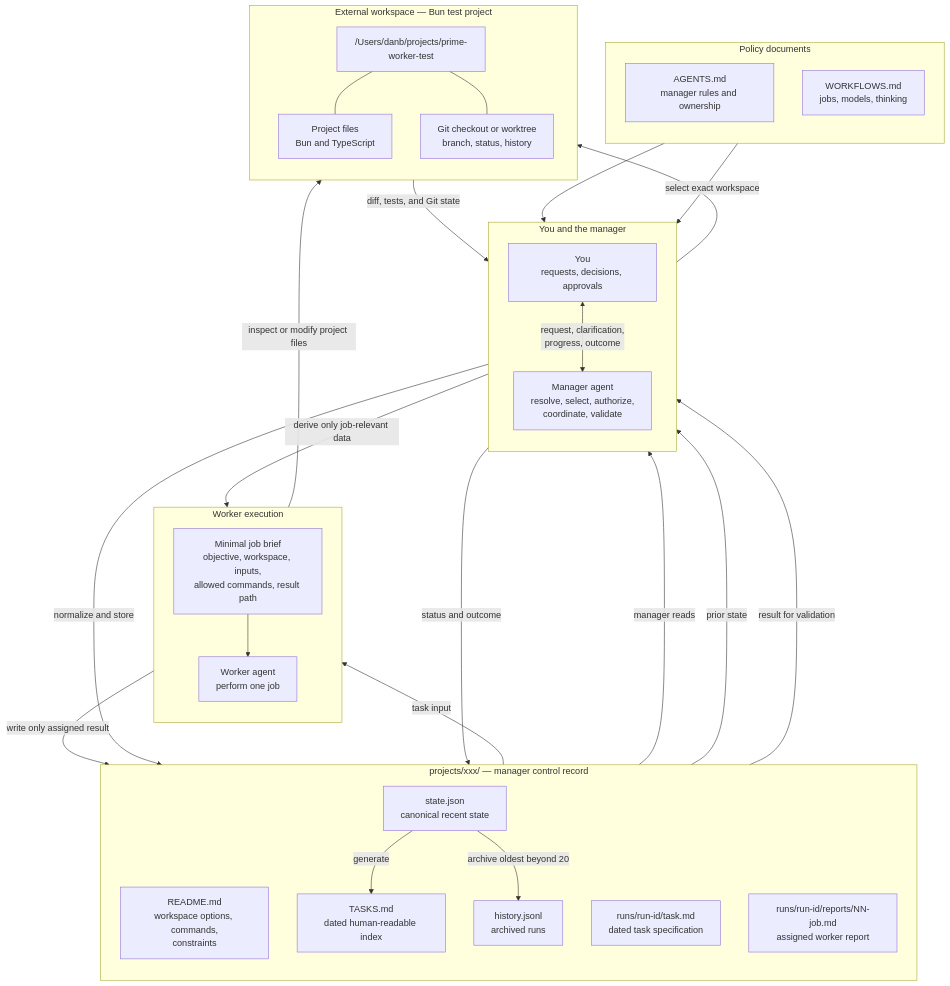
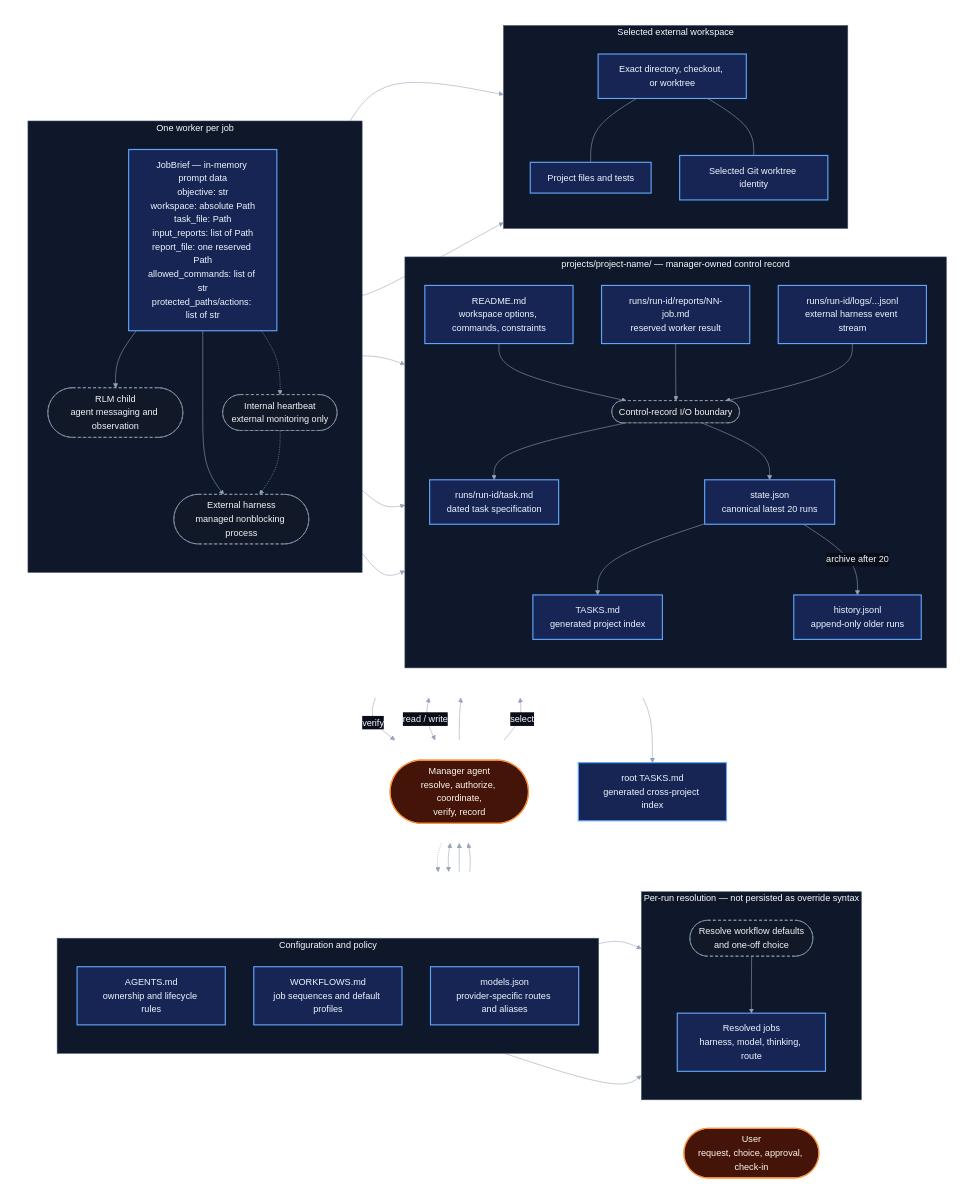
The diagram in docs/ARCHITECTURE.md (danielbush/pi-worker-agent), drawn with Mermaid before and after one commit. The commit also changed other lines of this file and 3 other files, not shown here.

Commit message:
docs: agent/job overrides, updates

````diff
--- a/docs/ARCHITECTURE.md
+++ b/docs/ARCHITECTURE.md
@@ -10,61 +11,110 @@
 ```mermaid
+%%{init: {"theme": "base", "themeVariables": {"background": "#080d18", "primaryColor": "#172554", "primaryTextColor": "#f8fafc", "primaryBorderColor": "#60a5fa", "secondaryColor": "#111827", "secondaryTextColor": "#f8fafc", "secondaryBorderColor": "#94a3b8", "tertiaryColor": "#0f172a", "tertiaryTextColor": "#f8fafc", "tertiaryBorderColor": "#475569", "lineColor": "#94a3b8", "textColor": "#f8fafc", "titleColor": "#f8fafc", "clusterBkg": "#0f172a", "clusterBorder": "#475569", "edgeLabelBackground": "#080d18"}}}%%
 flowchart TB
-    subgraph POLICY["Policy documents"]
-        direction TB
-        AG[AGENTS.md<br/>manager rules and ownership]
-        WF[WORKFLOWS.md<br/>jobs, models, thinking]
+    subgraph TOP[" "]
+        direction LR
+
+        subgraph CONFIG["Configuration and policy"]
+            direction TB
+            AG["AGENTS.md<br/>ownership and lifecycle rules"]
+            WF["WORKFLOWS.md<br/>job sequences and default profiles"]
+            MC["models.json<br/>provider-specific routes and aliases"]
+        end
+
+        subgraph RESOLUTION["Per-run resolution — not persisted as override syntax"]
+            direction TB
+            RS(["Resolve workflow defaults<br/>and one-off choice"])
+            RJ["Resolved jobs<br/>harness, model, thinking, route"]
+            RS --> RJ
+        end
+
+        U(["User<br/>request, choice, approval, check-in"])
     end
 
-    subgraph INTERACTION["You and the manager"]
-        direction TB
-        U[You<br/>requests, decisions, approvals]
-        M[Manager agent<br/>resolve, select, authorize,<br/>coordinate, validate]
-        U <-->|request, clarification,<br/>progress, outcome| M
+    subgraph MIDDLE[" "]
+        direction LR
+        M(["Manager agent<br/>resolve, authorize, coordinate,<br/>verify, record"])
     end
 
-    subgraph CONTROL["projects/xxx/ — manager control record"]
-        direction TB
-        PC[README.md<br/>workspace options, commands,<br/>constraints]
-        ST[state.json<br/>canonical recent state]
-        TL[TASKS.md<br/>dated human-readable index]
-        HI[history.jsonl<br/>archived runs]
-        T[runs/run-id/task.md<br/>dated task specification]
-        JR[runs/run-id/reports/NN-job.md<br/>assigned worker report]
+    subgraph OPERATIONS[" "]
+        direction LR
 
-        ST -->|generate| TL
-        ST -->|archive oldest beyond 20| HI
+        subgraph CONTROL["projects/project-name/ — manager-owned control record"]
+            direction TB
+            CR(["Control-record I/O boundary"])
+            PC["README.md<br/>workspace options, commands, constraints"]
+            ST["state.json<br/>canonical latest 20 runs"]
+            T["runs/run-id/task.md<br/>dated task specification"]
+            RP["runs/run-id/reports/NN-job.md<br/>reserved worker result"]
+            LG["runs/run-id/logs/...jsonl<br/>external harness event stream"]
+            TL["TASKS.md<br/>generated project index"]
+            HI["history.jsonl<br/>append-only older runs"]
+
+            PC --> CR
+            CR --> T
+            CR --> ST
+            RP --> CR
+            LG --> CR
+            ST --> TL
+            ST -->|"archive after 20"| HI
+        end
+
+        subgraph EXECUTION["One worker per job"]
+            direction TB
+            B["JobBrief — in-memory prompt data<br/>objective: str<br/>workspace: absolute Path<br/>task_file: Path<br/>input_reports: list of Path<br/>report_file: one reserved Path<br/>allowed_commands: list of str<br/>protected_paths/actions: list of str"]
+            RLM(["RLM child<br/>agent messaging and observation"])
+            EXT(["External harness<br/>managed nonblocking process"])
+            HB(["Internal heartbeat<br/>external monitoring only"])
+            B --> RLM
+            B --> EXT
+            B -.-> HB
+            HB -.-> EXT
+        end
+
+        subgraph WORKSPACE["Selected external workspace"]
+            direction TB
+            WS["Exact directory, checkout, or worktree"]
+            FILES["Project files and tests"]
+            GIT["Selected Git worktree identity"]
+            WS --- FILES
+            WS --- GIT
+        end
     end
 
-    subgraph EXECUTION["Worker execution"]
-        direction TB
-        B[Minimal job brief<br/>objective, workspace, inputs,<br/>allowed commands, result path]
-        A[Worker agent<br/>perform one job]
-        B --> A
-    end
+    ROOT["root TASKS.md<br/>generated cross-project index"]
 
-    subgraph WORKSPACE["External workspace — Bun test project"]
-        direction TB
-        WP["/Users/danb/projects/prime-worker-test"]
-        FILES[Project files<br/>Bun and TypeScript]
-        GIT[Git checkout or worktree<br/>branch, status, history]
-        WP --- FILES
-        WP --- GIT
-    end
+    style TOP fill:none,stroke:none
+    style MIDDLE fill:none,stroke:none
+    style OPERATIONS fill:none,stroke:none
 
+    classDef data fill:#172554,stroke:#60a5fa,stroke-width:2px,color:#eff6ff
+    classDef process fill:#111827,stroke:#94a3b8,stroke-width:1px,stroke-dasharray:5 4,color:#f1f5f9
+    classDef actor fill:#431407,stroke:#fb923c,stroke-width:2px,color:#fff7ed
+
+    class AG,WF,MC,RJ,PC,ST,T,RP,LG,TL,HI,B,WS,FILES,GIT,ROOT data
+    class RS,CR,RLM,EXT,HB process
+    class U,M actor
+
+    TOP ~~~ MIDDLE
+    MIDDLE ~~~ OPERATIONS
+
+    U <--> M
     AG --> M
-    WF --> M
-    PC -->|manager reads| M
-    ST -->|prior state| M
+    WF --> RS
+    MC --> RJ
+    M -.-> RS
+    RJ --> M
 
-    M -->|normalize and store| T
-    M -->|derive only job-relevant data| B
-    T -->|task input| B
-    M -->|select exact workspace| WP
+    M <-->|"read / write"| CR
+    M --> B
+    M -->|"select"| WS
 
-    A -->|inspect or modify project files| WP
-    A -->|write only assigned result| JR
-    JR -->|result for validation| M
-    WP -->|diff, tests, and Git state| M
+    RLM --> WS
+    EXT --> WS
+    RLM --> RP
+    EXT --> RP
+    EXT --> LG
+    WS -->|"verify"| M
 
-    M -->|status and outcome| ST
+    ST --> ROOT
 ```
````
